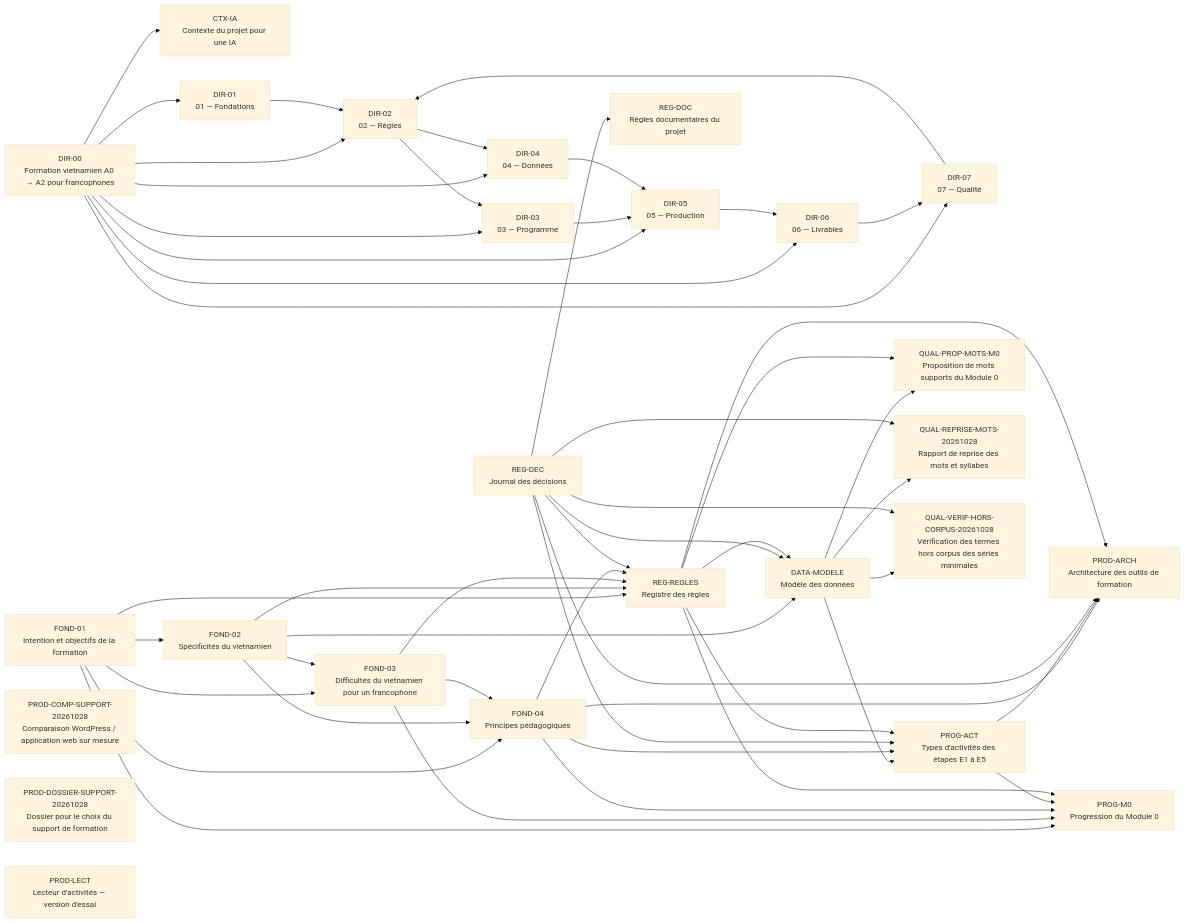
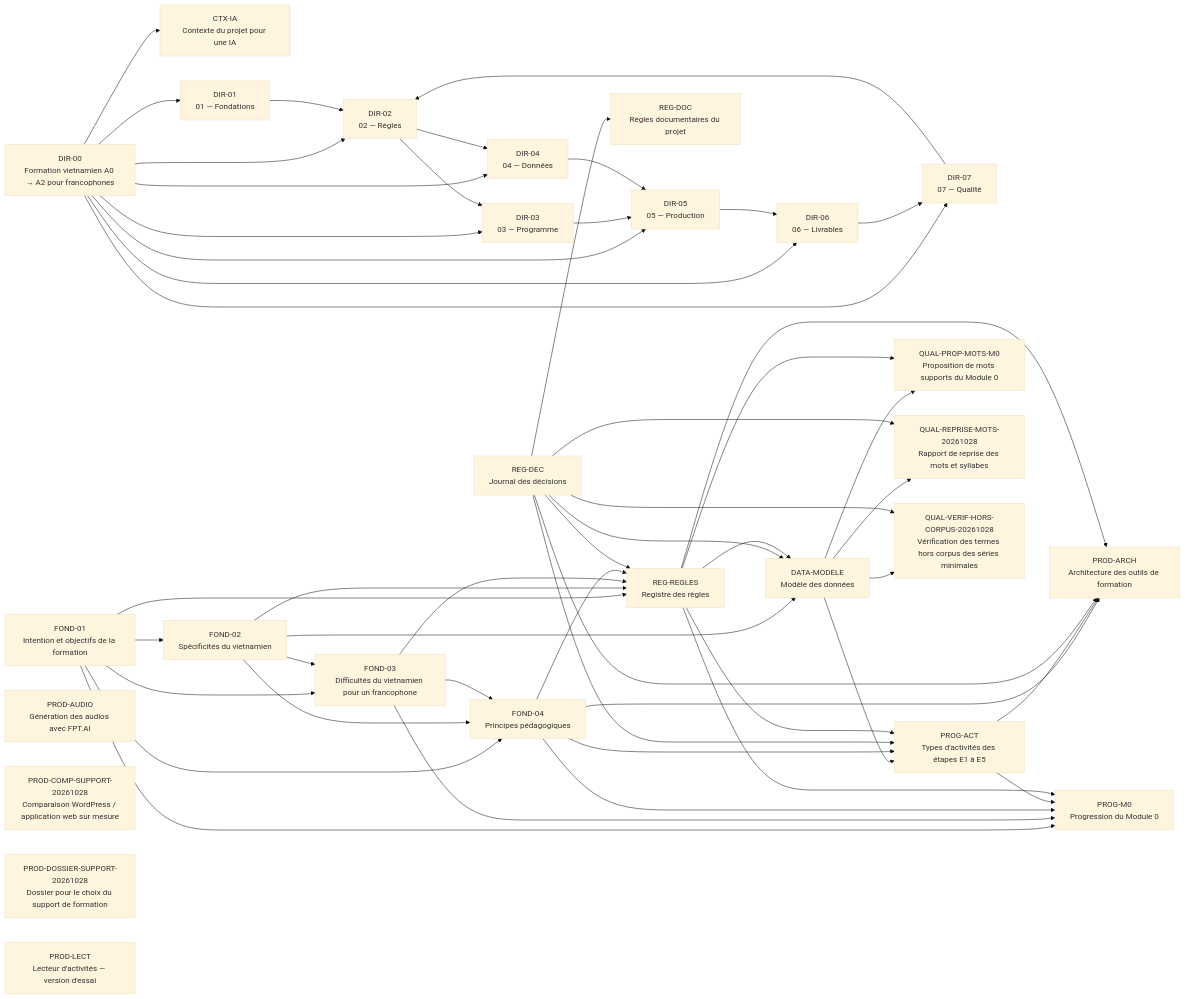
The diagram in CARTE_DOCUMENTAIRE.md (cappleinouest-lang/viet-project), drawn with Mermaid (base theme) before and after one commit. The commit also changed other lines of this file and 16 other files, not shown here.

Commit message:
DEC-0036 corrige, DEC-0037 (L01 en deux parties), DEC-0038 (mots reperes, categories de sons), script audio FPT.AI

````diff
--- a/CARTE_DOCUMENTAIRE.md
+++ b/CARTE_DOCUMENTAIRE.md
@@ -21,79 +21,80 @@
 ```mermaid
 graph LR
   CTX_IA["CTX-IA<br/>Contexte du projet pour une IA"]
   DATA_MODELE["DATA-MODELE<br/>Modèle des données"]
   DIR_00["DIR-00<br/>Formation vietnamien A0 → A2 pour francophones"]
   DIR_01["DIR-01<br/>01 — Fondations"]
   DIR_02["DIR-02<br/>02 — Règles"]
   DIR_03["DIR-03<br/>03 — Programme"]
   DIR_04["DIR-04<br/>04 — Données"]
   DIR_05["DIR-05<br/>05 — Production"]
   DIR_06["DIR-06<br/>06 — Livrables"]
   DIR_07["DIR-07<br/>07 — Qualité"]
   FOND_01["FOND-01<br/>Intention et objectifs de la formation"]
   FOND_02["FOND-02<br/>Spécificités du vietnamien"]
   FOND_03["FOND-03<br/>Difficultés du vietnamien pour un francophone"]
   FOND_04["FOND-04<br/>Principes pédagogiques"]
   PROD_ARCH["PROD-ARCH<br/>Architecture des outils de formation"]
+  PROD_AUDIO["PROD-AUDIO<br/>Génération des audios avec FPT.AI"]
   PROD_COMP_SUPPORT_20261028["PROD-COMP-SUPPORT-20261028<br/>Comparaison WordPress / application web sur mesure"]
   PROD_DOSSIER_SUPPORT_20261028["PROD-DOSSIER-SUPPORT-20261028<br/>Dossier pour le choix du support de formation"]
   PROD_LECT["PROD-LECT<br/>Lecteur d'activités — version d'essai"]
   PROG_ACT["PROG-ACT<br/>Types d'activités des étapes E1 à E5"]
   PROG_M0["PROG-M0<br/>Progression du Module 0"]
   QUAL_PROP_MOTS_M0["QUAL-PROP-MOTS-M0<br/>Proposition de mots supports du Module 0"]
   QUAL_REPRISE_MOTS_20261028["QUAL-REPRISE-MOTS-20261028<br/>Rapport de reprise des mots et syllabes"]
   QUAL_VERIF_HORS_CORPUS_20261028["QUAL-VERIF-HORS-CORPUS-20261028<br/>Vérification des termes hors corpus des séries minimales"]
   REG_DEC["REG-DEC<br/>Journal des décisions"]
   REG_DOC["REG-DOC<br/>Règles documentaires du projet"]
   REG_REGLES["REG-REGLES<br/>Registre des règles"]
   DATA_MODELE --> PROG_ACT
   DATA_MODELE --> QUAL_PROP_MOTS_M0
   DATA_MODELE --> QUAL_REPRISE_MOTS_20261028
   DATA_MODELE --> QUAL_VERIF_HORS_CORPUS_20261028
   DIR_00 --> CTX_IA
   DIR_00 --> DIR_01
   DIR_00 --> DIR_02
   DIR_00 --> DIR_03
   DIR_00 --> DIR_04
   DIR_00 --> DIR_05
   DIR_00 --> DIR_06
   DIR_00 --> DIR_07
   DIR_01 --> DIR_02
   DIR_02 --> DIR_03
   DIR_02 --> DIR_04
   DIR_03 --> DIR_05
   DIR_04 --> DIR_05
   DIR_05 --> DIR_06
   DIR_06 --> DIR_07
   DIR_07 --> DIR_02
   FOND_01 --> FOND_02
   FOND_01 --> FOND_03
   FOND_01 --> FOND_04
   FOND_01 --> PROG_M0
   FOND_01 --> REG_REGLES
   FOND_02 --> DATA_MODELE
   FOND_02 --> FOND_03
   FOND_02 --> FOND_04
   FOND_02 --> REG_REGLES
   FOND_03 --> FOND_04
   FOND_03 --> PROG_M0
   FOND_03 --> REG_REGLES
   FOND_04 --> PROD_ARCH
   FOND_04 --> PROG_ACT
   FOND_04 --> PROG_M0
   FOND_04 --> REG_REGLES
   PROG_ACT --> PROD_ARCH
   PROG_ACT --> PROG_M0
   REG_DEC --> DATA_MODELE
   REG_DEC --> PROD_ARCH
   REG_DEC --> PROG_ACT
   REG_DEC --> QUAL_REPRISE_MOTS_20261028
   REG_DEC --> QUAL_VERIF_HORS_CORPUS_20261028
   REG_DEC --> REG_DOC
   REG_DEC --> REG_REGLES
   REG_REGLES --> DATA_MODELE
   REG_REGLES --> PROD_ARCH
   REG_REGLES --> PROG_ACT
   REG_REGLES --> PROG_M0
   REG_REGLES --> QUAL_PROP_MOTS_M0
 ```
````
